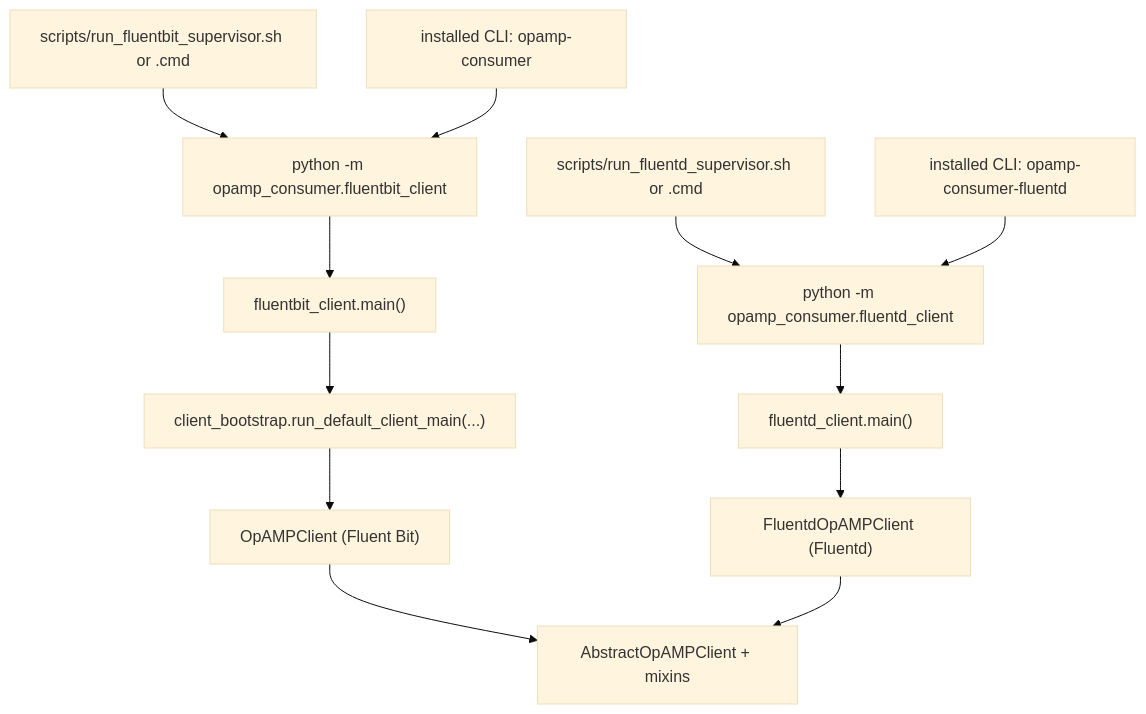
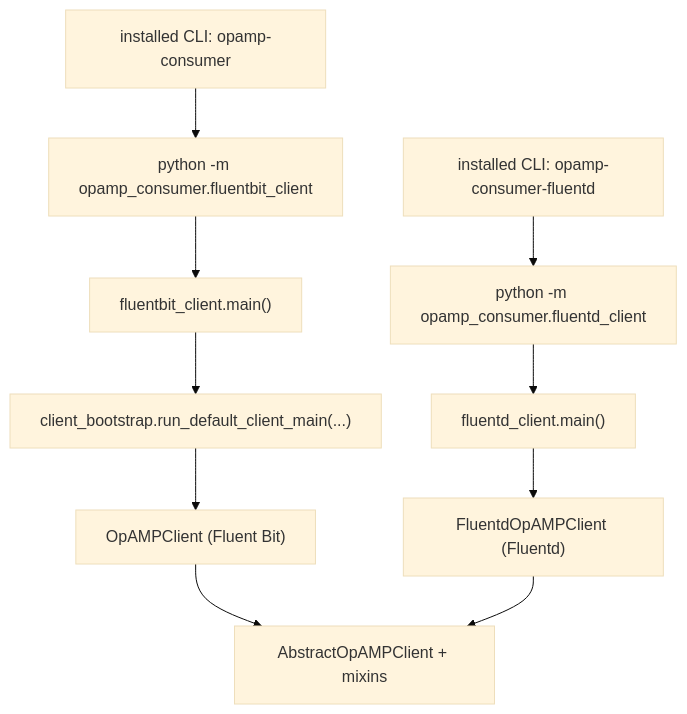
The second of 6 diagrams in docs/consumer_client_diagram.md (mp3monster/fluent-opamp), drawn with Mermaid (base theme) before and after one commit. The commit also changed 34 other files, not shown here.

````diff
--- a/docs/consumer_client_diagram.md
+++ b/docs/consumer_client_diagram.md
@@ -168,17 +168,15 @@
 ```mermaid
 flowchart TD
-    A["scripts/run_fluentbit_supervisor.sh or .cmd"] --> B["python -m opamp_consumer.fluentbit_client"]
-    C["scripts/run_fluentd_supervisor.sh or .cmd"] --> D["python -m opamp_consumer.fluentd_client"]
-    E["installed CLI: opamp-consumer"] --> B
-    F["installed CLI: opamp-consumer-fluentd"] --> D
+    A["installed CLI: opamp-consumer"] --> B["python -m opamp_consumer.fluentbit_client"]
+    C["installed CLI: opamp-consumer-fluentd"] --> D["python -m opamp_consumer.fluentd_client"]
 
     B --> G["fluentbit_client.main()"]
     G --> H["client_bootstrap.run_default_client_main(...)"]
     H --> I["OpAMPClient (Fluent Bit)"]
 
     D --> J["fluentd_client.main()"]
     J --> K["FluentdOpAMPClient (Fluentd)"]
 
     I --> L["AbstractOpAMPClient + mixins"]
     K --> L
 ```
````
